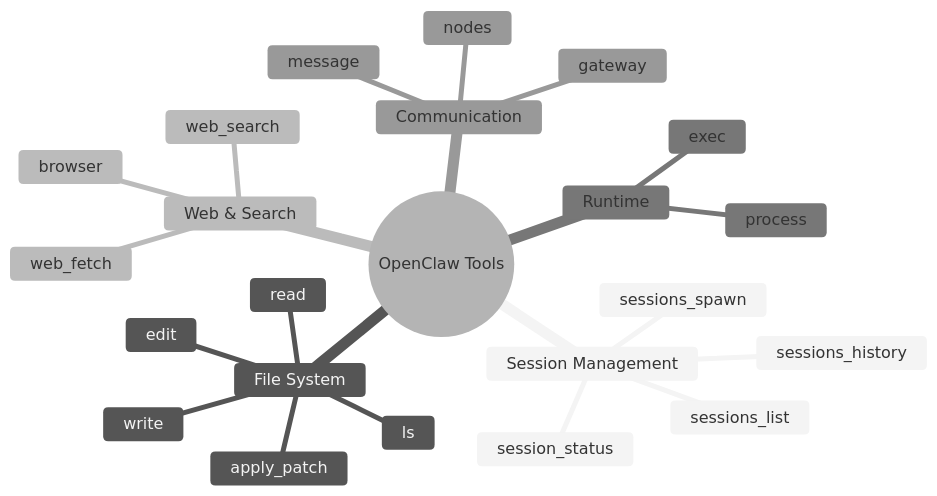
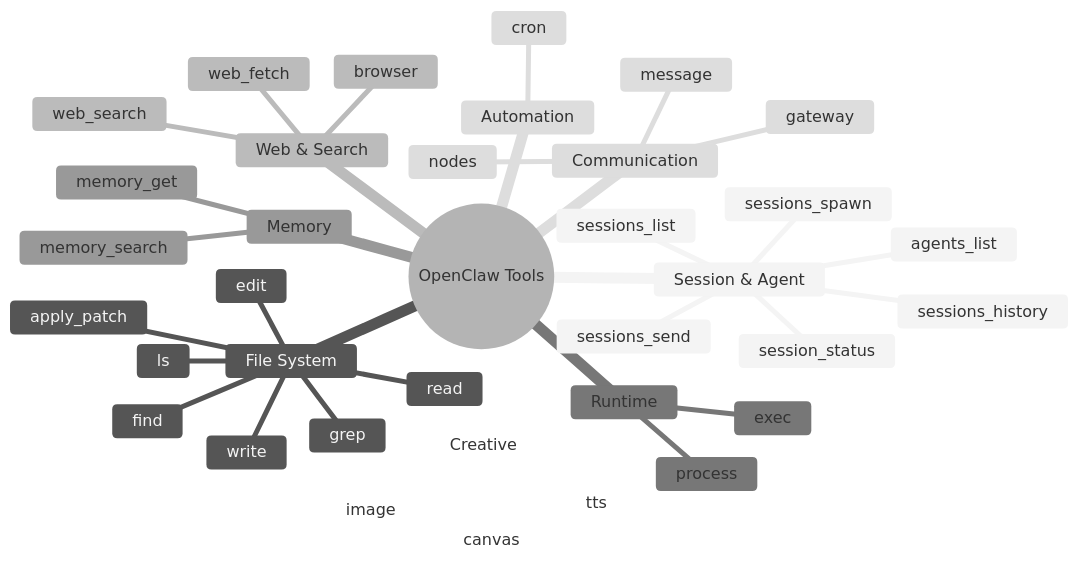
The diagram in details/tool-reference.md (rzafiamy/openclaw-architecture), drawn with Mermaid (neutral theme) before and after one commit. The commit also changed other lines of this file and 12 other files, not shown here.

````diff
--- a/details/tool-reference.md
+++ b/details/tool-reference.md
@@ -7,26 +11,39 @@
 ```mermaid
 mindmap
   root((OpenClaw Tools))
-    Session Management
+    Session & Agent
       sessions_spawn
       sessions_list
       sessions_history
+      sessions_send
       session_status
+      agents_list
     File System
       read
       write
       edit
       apply_patch
       ls
+      find
+      grep
     Web & Search
       web_search
       web_fetch
       browser
     Runtime
       exec
       process
+    Memory
+      memory_search
+      memory_get
     Communication
       message
       gateway
       nodes
+    Creative
+      image
+      canvas
+      tts
+    Automation
+      cron
 ```
````
